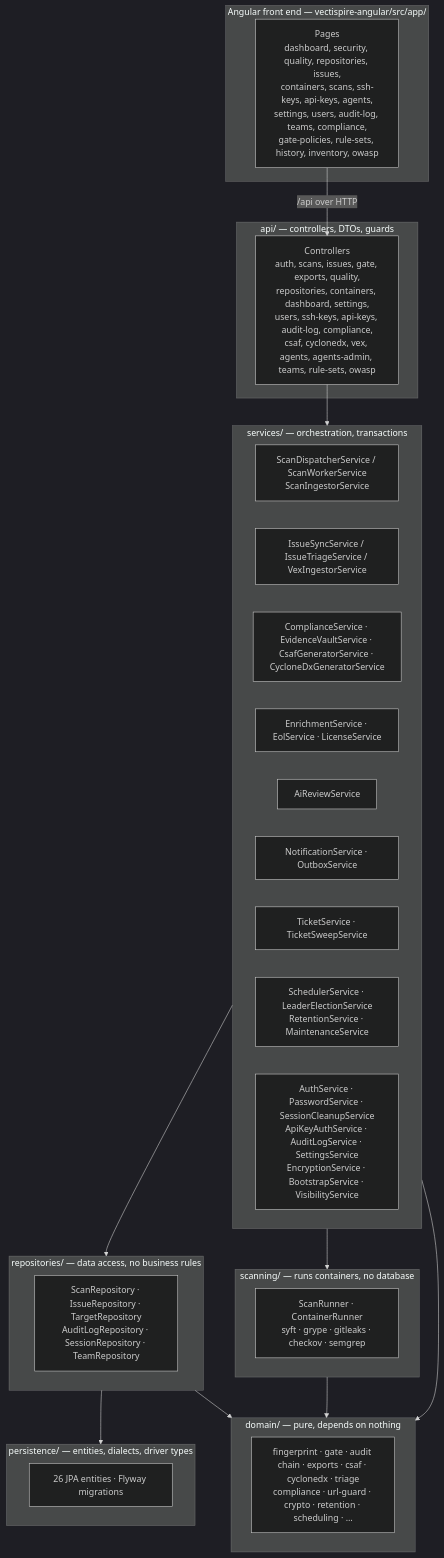
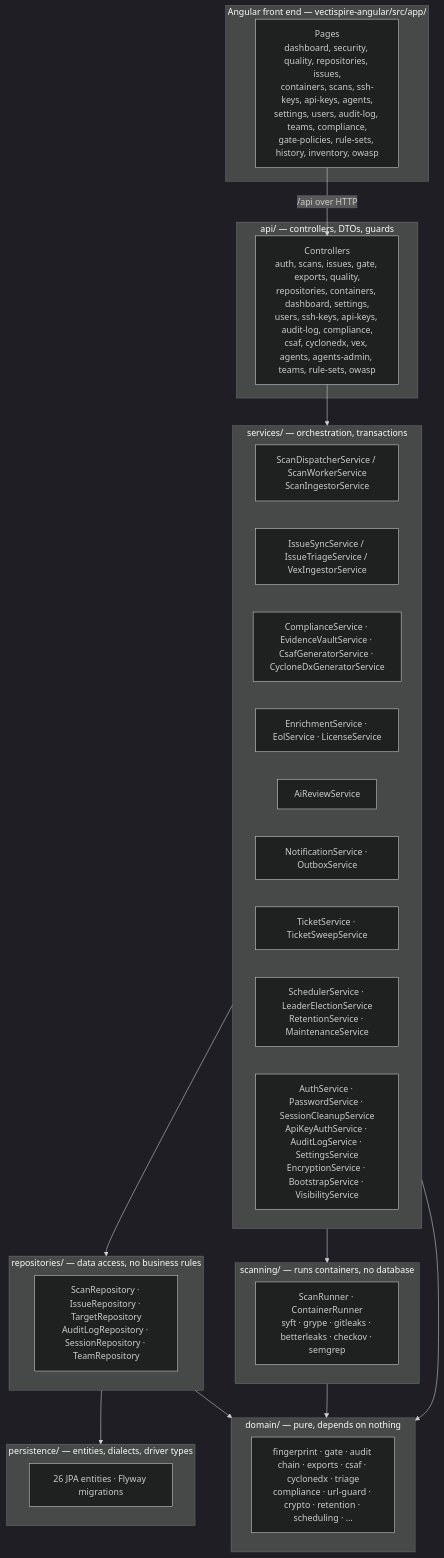
The first of 3 diagrams in docs/en/TECHNICAL_DOCUMENTATION.md (asmolabs/vectispire), drawn with Mermaid (dark theme) before and after one commit. The commit also changed 107 other files, not shown here.

Commit message:
docs: restructure architecture documentation, implement C4 modeling, and update scanner integration logic.

````diff
--- a/docs/en/TECHNICAL_DOCUMENTATION.md
+++ b/docs/en/TECHNICAL_DOCUMENTATION.md
@@ -24,47 +24,47 @@
 ```mermaid
 flowchart TB
     subgraph front["Angular front end — vectispire-angular/src/app/"]
         Pages["Pages<br/>dashboard, security, quality, repositories, issues,<br/>containers, scans, ssh-keys, api-keys, agents,<br/>settings, users, audit-log, teams, compliance,<br/>gate-policies, rule-sets, history, inventory, owasp"]
     end
 
     subgraph api["api/ — controllers, DTOs, guards"]
         Routes["Controllers<br/>auth, scans, issues, gate, exports, quality,<br/>repositories, containers, dashboard, settings,<br/>users, ssh-keys, api-keys, audit-log, compliance,<br/>csaf, cyclonedx, vex, agents, agents-admin, teams, rule-sets, owasp"]
     end
 
     subgraph services["services/ — orchestration, transactions"]
         Scan["ScanDispatcherService / ScanWorkerService<br/>ScanIngestorService"]
         Issue["IssueSyncService / IssueTriageService / VexIngestorService"]
         Comp["ComplianceService · EvidenceVaultService · CsafGeneratorService · CycloneDxGeneratorService"]
         Enrich["EnrichmentService · EolService · LicenseService"]
         Ai["AiReviewService"]
         Notify["NotificationService · OutboxService"]
         Ticket["TicketService · TicketSweepService"]
         Ops["SchedulerService · LeaderElectionService<br/>RetentionService · MaintenanceService"]
         Auth["AuthService · PasswordService · SessionCleanupService<br/>ApiKeyAuthService · AuditLogService · SettingsService<br/>EncryptionService · BootstrapService · VisibilityService"]
     end
 
     subgraph repos["repositories/ — data access, no business rules"]
         R["ScanRepository · IssueRepository · TargetRepository<br/>AuditLogRepository · SessionRepository · TeamRepository"]
     end
 
     subgraph persistence["persistence/ — entities, dialects, driver types"]
         Ent["26 JPA entities · Flyway migrations"]
     end
 
     subgraph domain["domain/ — pure, depends on nothing"]
         D["fingerprint · gate · audit chain · exports · csaf · cyclonedx · triage<br/>compliance · url-guard · crypto · retention · scheduling · …"]
     end
 
     subgraph scanning["scanning/ — runs containers, no database"]
-        S["ScanRunner · ContainerRunner<br/>syft · grype · gitleaks · checkov · semgrep"]
+        S["ScanRunner · ContainerRunner<br/>syft · grype · gitleaks · betterleaks · checkov · semgrep"]
     end
 
     Pages -->|"/api over HTTP"| Routes
     Routes --> services
     services --> repos
     repos --> persistence
     services --> scanning
     services --> domain
     repos --> domain
     scanning --> domain
 ```
````
